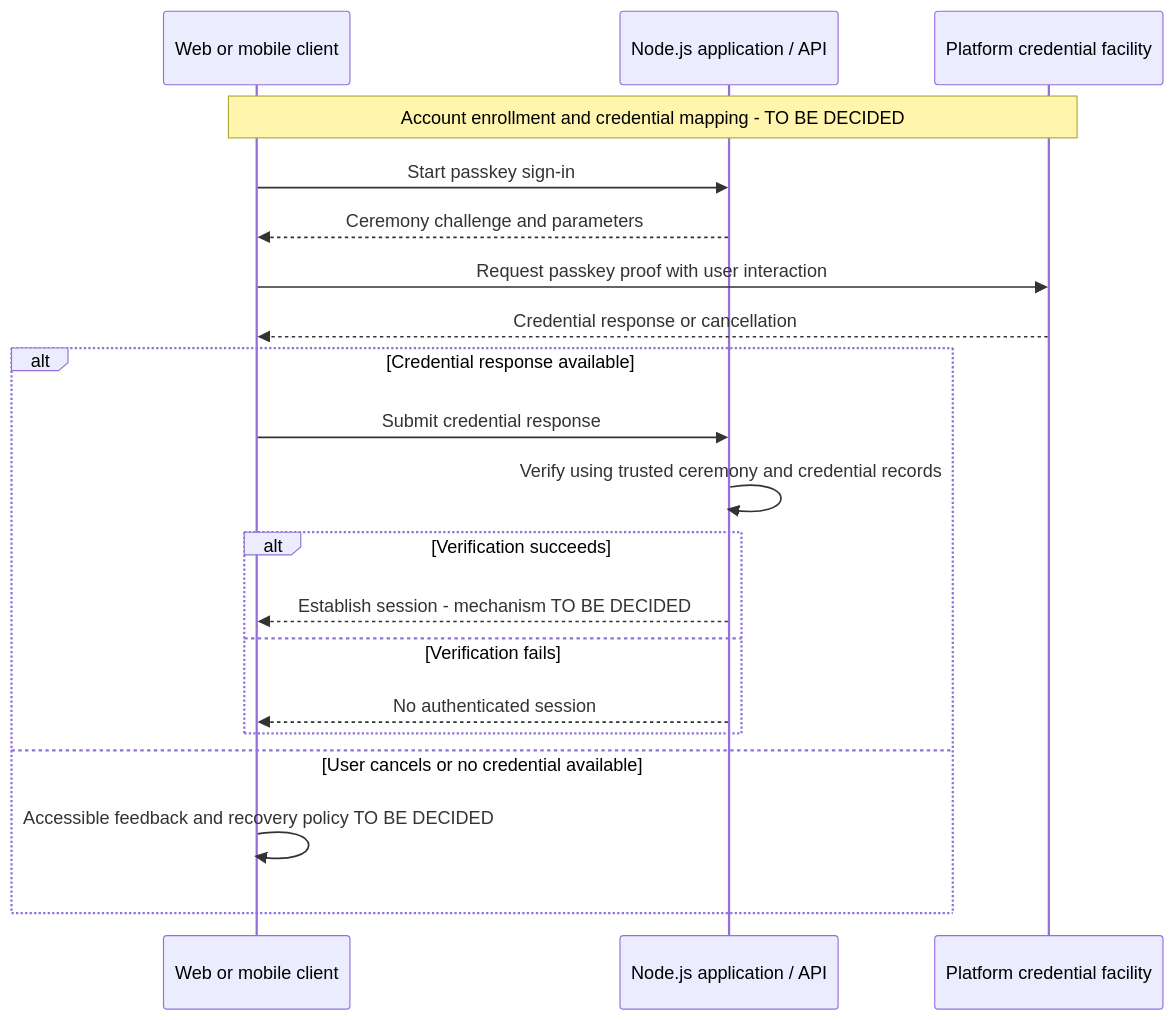
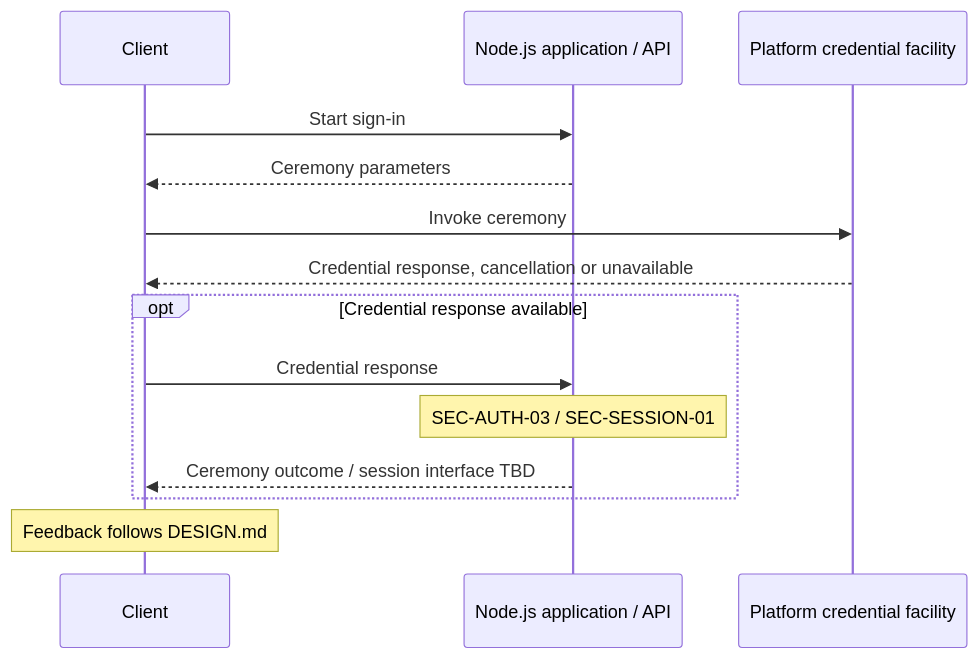
The third of 3 diagrams in ARCHITECTURE.md (Enes-git/aces-and-ale), drawn with Mermaid before and after one commit. The commit also changed other lines of this file and 6 other files, not shown here.

````diff
--- a/ARCHITECTURE.md
+++ b/ARCHITECTURE.md
@@ -260,24 +93,18 @@
 ```mermaid
 sequenceDiagram
-    accTitle: ASSUMPTION - Passkey sign-in allocation
-    accDescr: A client obtains a challenge from Node.js, asks the platform credential facility for proof, and returns it to Node.js for independent verification. Only successful verification establishes the selected session mechanism.
-    participant C as Web or mobile client
+    accTitle: ASSUMPTION - Passkey interface allocation
+    accDescr: The client starts sign-in with Node.js, invokes platform credential facilities using returned ceremony parameters, and returns the resulting credential response to the application. SEC-AUTH controls govern verification and session outcomes. Cancellation and unavailable credentials return to client feedback.
+    participant C as Client
     participant A as Node.js application / API
     participant F as Platform credential facility
-    Note over C,F: Account enrollment and credential mapping - TO BE DECIDED
-    C->>A: Start passkey sign-in
-    A-->>C: Ceremony challenge and parameters
-    C->>F: Request passkey proof with user interaction
-    F-->>C: Credential response or cancellation
-    alt Credential response available
-        C->>A: Submit credential response
-        A->>A: Verify using trusted ceremony and credential records
-        alt Verification succeeds
-            A-->>C: Establish session - mechanism TO BE DECIDED
-        else Verification fails
-            A-->>C: No authenticated session
-        end
-    else User cancels or no credential available
-        C->>C: Accessible feedback and recovery policy TO BE DECIDED
+    C->>A: Start sign-in
+    A-->>C: Ceremony parameters
+    C->>F: Invoke ceremony
+    F-->>C: Credential response, cancellation or unavailable
+    opt Credential response available
+      C->>A: Credential response
+      Note over A: SEC-AUTH-03 / SEC-SESSION-01
+      A-->>C: Ceremony outcome / session interface TBD
     end
+    Note over C: Feedback follows DESIGN.md
 ```
````
